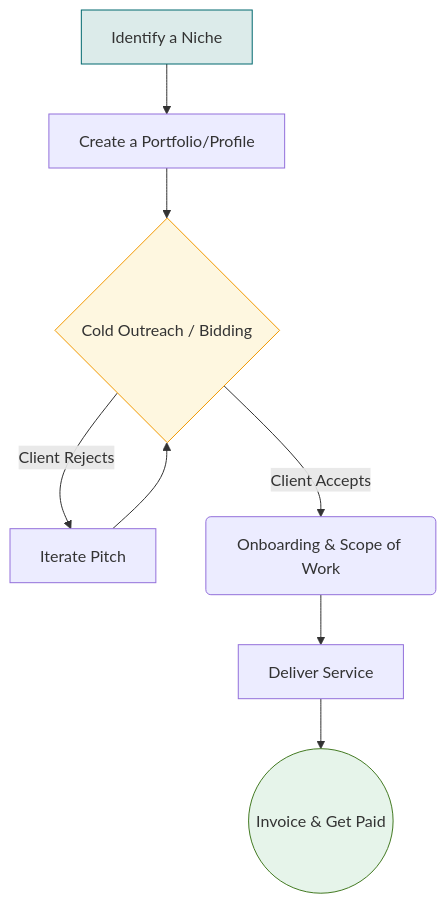
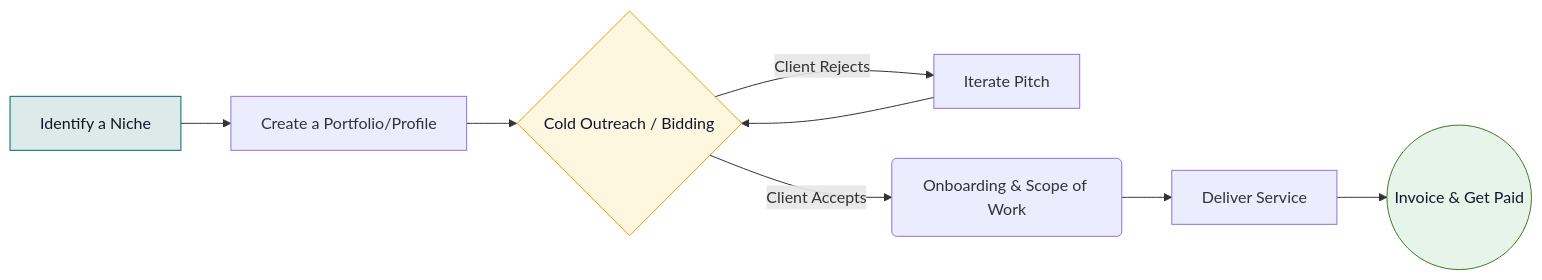
The diagram in curriculum-app/src/content/lessons/ug/bcom/sem5/week19.md (the-career-breweries/tcb-soft-skills), drawn with Mermaid before and after one commit. The commit also changed 5 other files, not shown here.

Commit message:
fix: resolve mermaid text illegibility in dark mode by removing global CSS color override and explicitly adding dark text colors to custom light-background nodes

````diff
--- a/curriculum-app/src/content/lessons/ug/bcom/sem5/week19.md
+++ b/curriculum-app/src/content/lessons/ug/bcom/sem5/week19.md
@@ -26,14 +26,14 @@
 ```mermaid
-flowchart TD
+flowchart LR
     A[Identify a Niche] --> B[Create a Portfolio/Profile]
     B --> C{Cold Outreach / Bidding}
     C -- Client Rejects --> D[Iterate Pitch]
     D --> C
     C -- Client Accepts --> E(Onboarding & Scope of Work)
     E --> F[Deliver Service]
     F --> G((Invoice & Get Paid))
     
-    style A fill:#dcebea,stroke:#01696f
-    style C fill:#fef7e0,stroke:#f29900
-    style G fill:#e6f4ea,stroke:#437a22
+    style A fill:#dcebea,stroke:#01696f,color:#0f172a
+    style C fill:#fef7e0,stroke:#f29900,color:#0f172a
+    style G fill:#e6f4ea,stroke:#437a22,color:#0f172a
 ```
````
